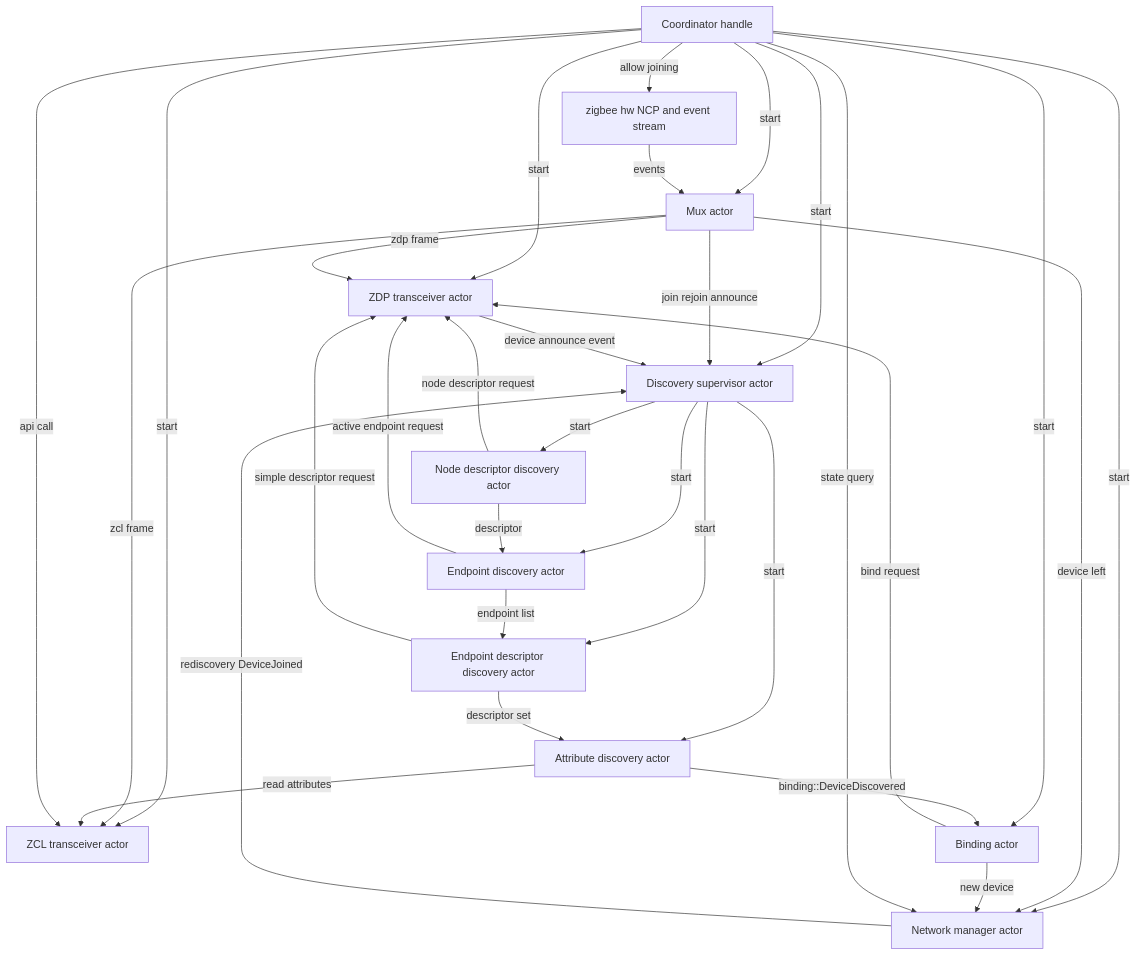
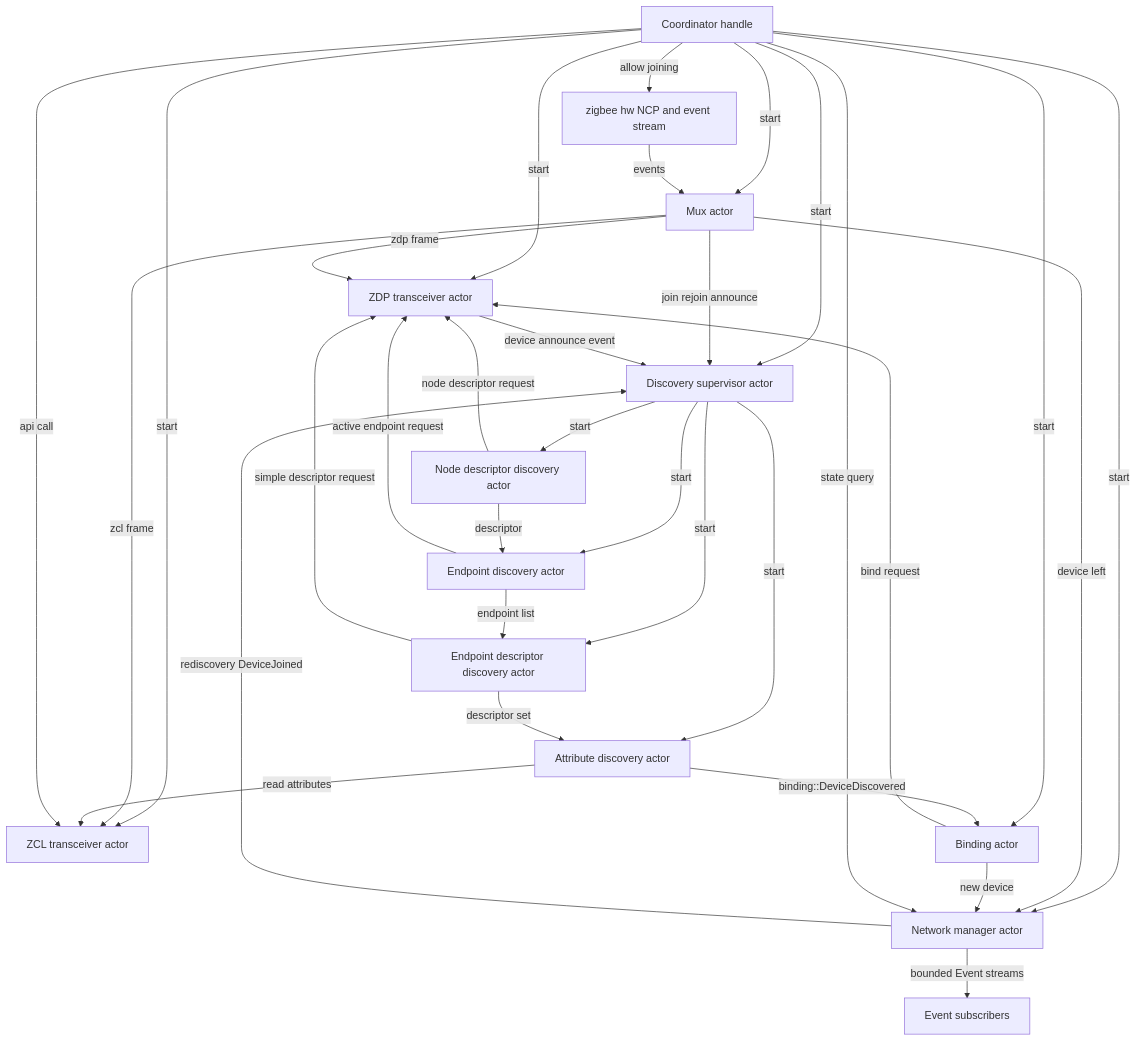
The first of 6 diagrams in coordinator/ARCHITECTURE.md (PaulmannLighting/apis-saltans), drawn with Mermaid before and after one commit. The commit also changed other lines of this file and 9 other files, not shown here.

````diff
--- a/coordinator/ARCHITECTURE.md
+++ b/coordinator/ARCHITECTURE.md
@@ -22,52 +22,54 @@
 ```mermaid
 flowchart TD
     HW[zigbee hw NCP and event stream]
     C[Coordinator handle]
+    S[Event subscribers]
 
     M[Mux actor]
     ZCL[ZCL transceiver actor]
     ZDP[ZDP transceiver actor]
     D[Discovery supervisor actor]
     ND[Node descriptor discovery actor]
     ED[Endpoint discovery actor]
     EDD[Endpoint descriptor discovery actor]
     AD[Attribute discovery actor]
     B[Binding actor]
     NM[Network manager actor]
 
     C -->|start| M
     C -->|start| ZCL
     C -->|start| ZDP
     C -->|start| D
     C -->|start| B
     C -->|start| NM
 
     D -->|start| ND
     D -->|start| ED
     D -->|start| EDD
     D -->|start| AD
 
     HW -->|events| M
     M -->|zcl frame| ZCL
     M -->|zdp frame| ZDP
     M -->|join rejoin announce| D
     M -->|device left| NM
 
     ND -->|node descriptor request| ZDP
     ND -->|descriptor| ED
     ED -->|active endpoint request| ZDP
     ED -->|endpoint list| EDD
     EDD -->|simple descriptor request| ZDP
     EDD -->|descriptor set| AD
     AD -->|read attributes| ZCL
     AD -->|binding::DeviceDiscovered| B
     B -->|bind request| ZDP
     B -->|new device| NM
     NM -->|rediscovery DeviceJoined| D
 
     ZDP -->|device announce event| D
 
     C -->|api call| ZCL
     C -->|state query| NM
     C -->|allow joining| HW
+    NM -->|bounded Event streams| S
 ```
````
